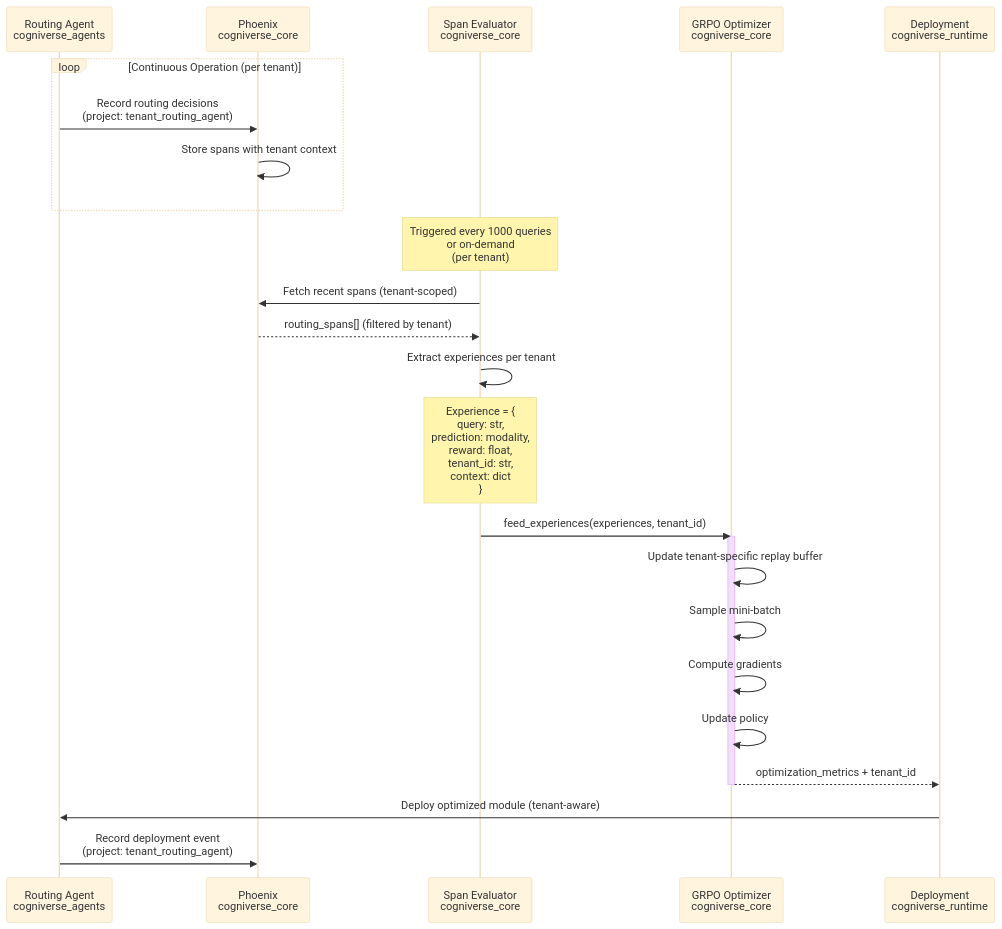
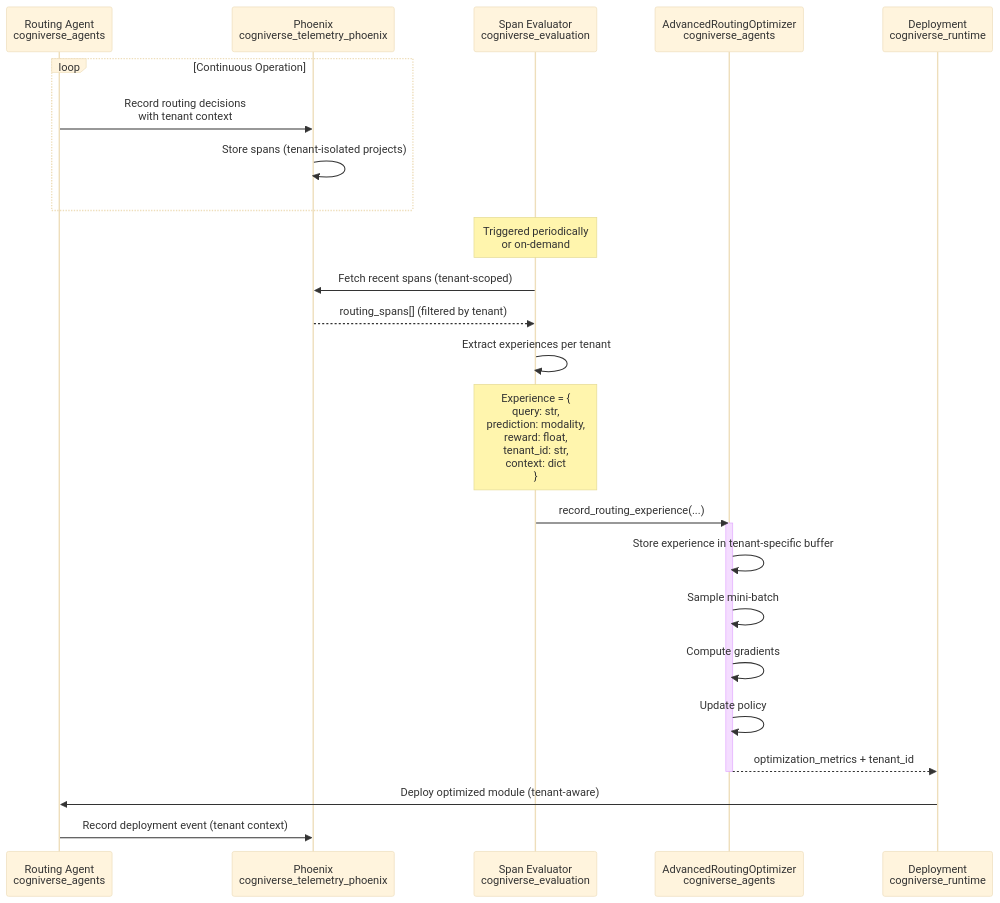
One commit to amit-jain/cogniverse changed diagram 12 of 24 in docs/architecture/system-flows.md. Above: the diagram before and after it, drawn with Mermaid (base theme). The commit also changed other lines of this file and 83 other files, not shown here.

First line of the commit message:
Fix documentation veracity, formatting, and diagrams across all modules

````diff
--- a/docs/architecture/system-flows.md
+++ b/docs/architecture/system-flows.md
@@ -595,34 +515,34 @@
 ```mermaid
 sequenceDiagram
     participant Routing as Routing Agent<br/>cogniverse_agents
-    participant Phoenix as Phoenix<br/>cogniverse_core
-    participant SpanEval as Span Evaluator<br/>cogniverse_core
-    participant GRPO as GRPO Optimizer<br/>cogniverse_core
+    participant Phoenix as Phoenix<br/>cogniverse_telemetry_phoenix
+    participant SpanEval as Span Evaluator<br/>cogniverse_evaluation
+    participant GRPO as AdvancedRoutingOptimizer<br/>cogniverse_agents
     participant Deploy as Deployment<br/>cogniverse_runtime
 
-    loop Continuous Operation (per tenant)
-        Routing->>Phoenix: Record routing decisions<br/>(project: tenant_routing_agent)
-        Phoenix->>Phoenix: Store spans with tenant context
+    loop Continuous Operation
+        Routing->>Phoenix: Record routing decisions<br/>with tenant context
+        Phoenix->>Phoenix: Store spans (tenant-isolated projects)
     end
 
-    Note over SpanEval: Triggered every 1000 queries<br/>or on-demand<br/>(per tenant)
+    Note over SpanEval: Triggered periodically<br/>or on-demand
 
     SpanEval->>Phoenix: Fetch recent spans (tenant-scoped)
     Phoenix-->>SpanEval: routing_spans[] (filtered by tenant)
 
     SpanEval->>SpanEval: Extract experiences per tenant
     Note over SpanEval: Experience = {<br/>  query: str,<br/>  prediction: modality,<br/>  reward: float,<br/>  tenant_id: str,<br/>  context: dict<br/>}
 
-    SpanEval->>GRPO: feed_experiences(experiences, tenant_id)
+    SpanEval->>GRPO: record_routing_experience(...)
 
     activate GRPO
-    GRPO->>GRPO: Update tenant-specific replay buffer
+    GRPO->>GRPO: Store experience in tenant-specific buffer
     GRPO->>GRPO: Sample mini-batch
     GRPO->>GRPO: Compute gradients
     GRPO->>GRPO: Update policy
     GRPO-->>Deploy: optimization_metrics + tenant_id
     deactivate GRPO
 
     Deploy->>Routing: Deploy optimized module (tenant-aware)
-    Routing->>Phoenix: Record deployment event<br/>(project: tenant_routing_agent)
+    Routing->>Phoenix: Record deployment event (tenant context)
 ```
````
